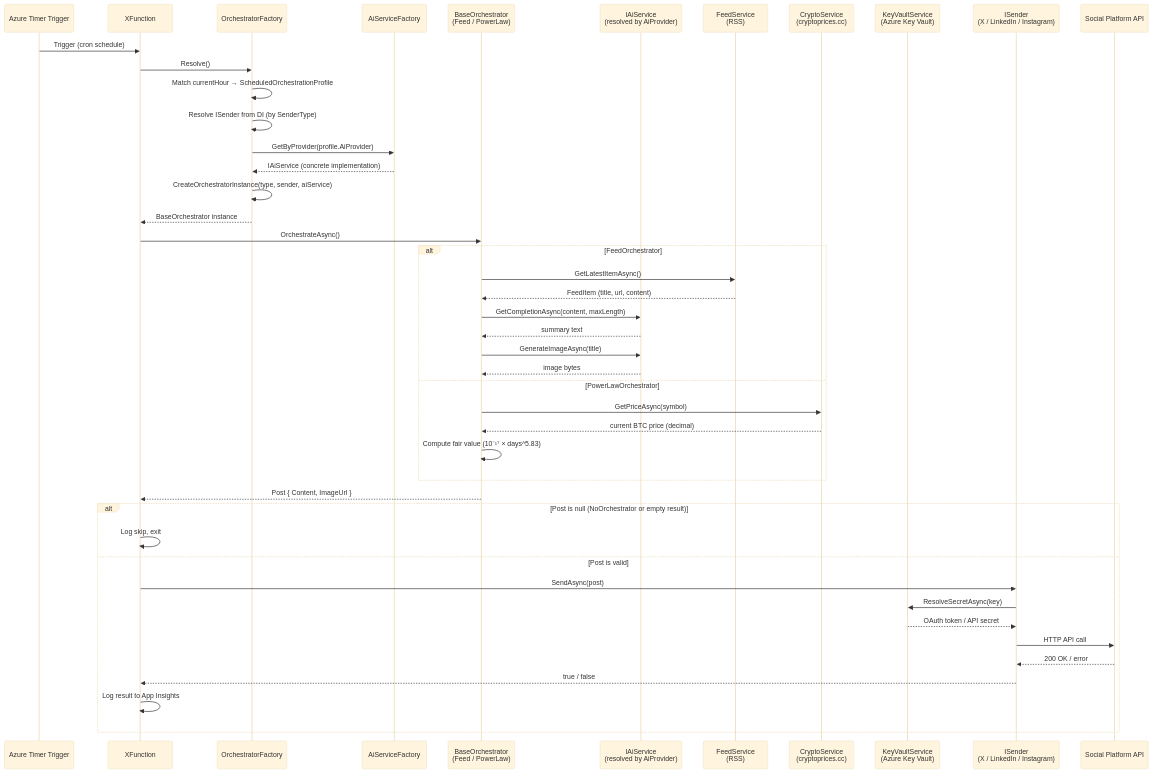
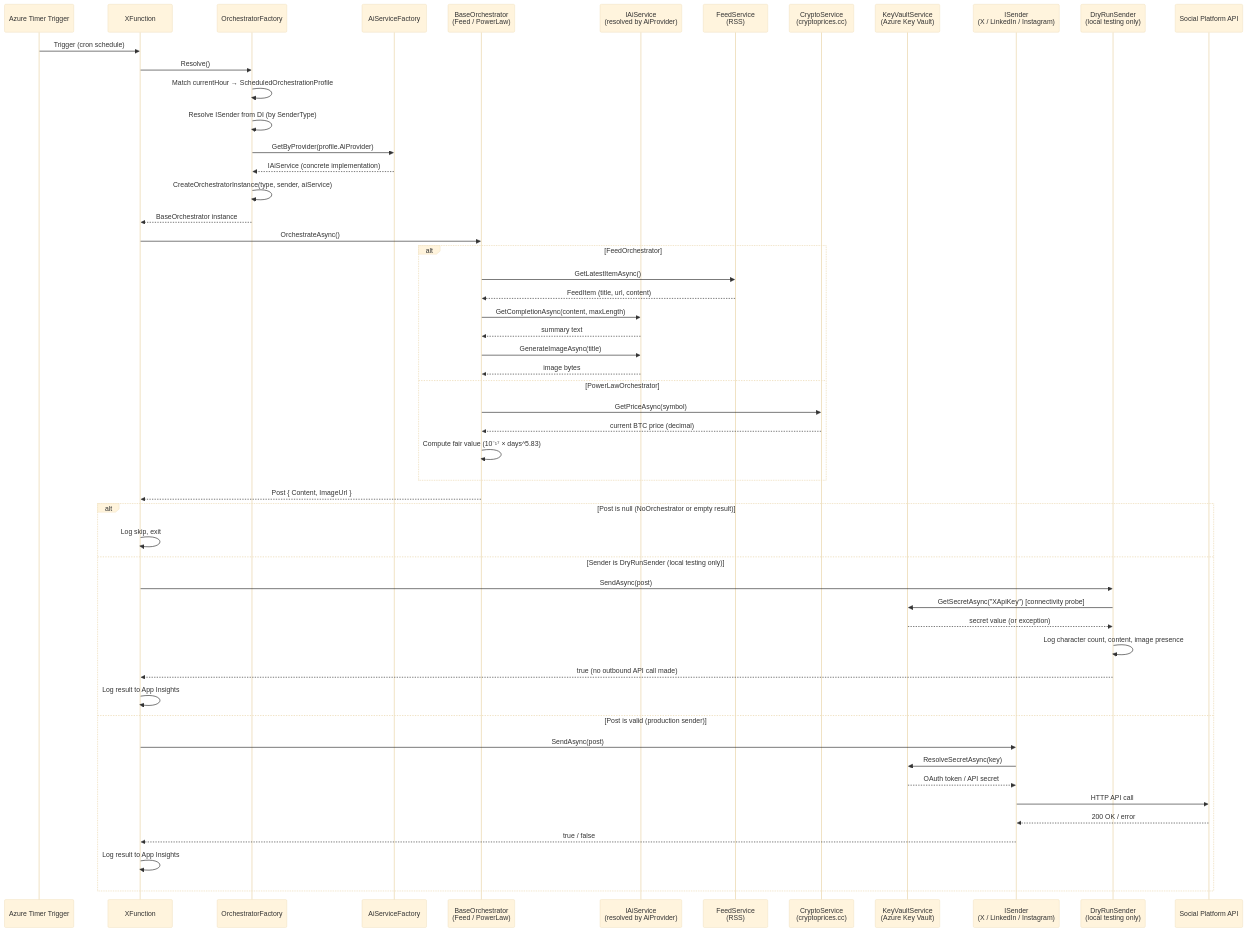
The diagram in docs/architecture.md (artcava/XPoster), drawn with Mermaid (base theme) before and after one commit. The commit also changed other lines of this file, not shown here.

First line of the commit message:
docs: update architecture.md for DryRunSender (#174)

````diff
--- a/docs/architecture.md
+++ b/docs/architecture.md
@@ -208,52 +220,60 @@
 ```mermaid
 sequenceDiagram
     participant Timer as Azure Timer Trigger
     participant Fn as XFunction
     participant Factory as OrchestratorFactory
     participant AiFactory as AiServiceFactory
     participant Orch as BaseOrchestrator<br/>(Feed / PowerLaw)
     participant AI as IAiService<br/>(resolved by AiProvider)
     participant Feed as FeedService<br/>(RSS)
     participant Crypto as CryptoService<br/>(cryptoprices.cc)
     participant KV as KeyVaultService<br/>(Azure Key Vault)
     participant Sender as ISender<br/>(X / LinkedIn / Instagram)
+    participant DryRun as DryRunSender<br/>(local testing only)
     participant Platform as Social Platform API
 
     Timer->>Fn: Trigger (cron schedule)
     Fn->>Factory: Resolve()
     Factory->>Factory: Match currentHour → ScheduledOrchestrationProfile
     Factory->>Factory: Resolve ISender from DI (by SenderType)
     Factory->>AiFactory: GetByProvider(profile.AiProvider)
     AiFactory-->>Factory: IAiService (concrete implementation)
     Factory->>Factory: CreateOrchestratorInstance(type, sender, aiService)
     Factory-->>Fn: BaseOrchestrator instance
 
     Fn->>Orch: OrchestrateAsync()
 
     alt FeedOrchestrator
         Orch->>Feed: GetLatestItemAsync()
         Feed-->>Orch: FeedItem (title, url, content)
         Orch->>AI: GetCompletionAsync(content, maxLength)
         AI-->>Orch: summary text
         Orch->>AI: GenerateImageAsync(title)
         AI-->>Orch: image bytes
     else PowerLawOrchestrator
         Orch->>Crypto: GetPriceAsync(symbol)
         Crypto-->>Orch: current BTC price (decimal)
         Orch->>Orch: Compute fair value (10⁻¹⁷ × days^5.83)
     end
 
     Orch-->>Fn: Post { Content, ImageUrl }
 
     alt Post is null (NoOrchestrator or empty result)
         Fn->>Fn: Log skip, exit
-    else Post is valid
+    else Sender is DryRunSender (local testing only)
+        Fn->>DryRun: SendAsync(post)
+        DryRun->>KV: GetSecretAsync("XApiKey") [connectivity probe]
+        KV-->>DryRun: secret value (or exception)
+        DryRun->>DryRun: Log character count, content, image presence
+        DryRun-->>Fn: true (no outbound API call made)
+        Fn->>Fn: Log result to App Insights
+    else Post is valid (production sender)
         Fn->>Sender: SendAsync(post)
         Sender->>KV: ResolveSecretAsync(key)
         KV-->>Sender: OAuth token / API secret
         Sender->>Platform: HTTP API call
         Platform-->>Sender: 200 OK / error
         Sender-->>Fn: true / false
         Fn->>Fn: Log result to App Insights
     end
 ```
````
